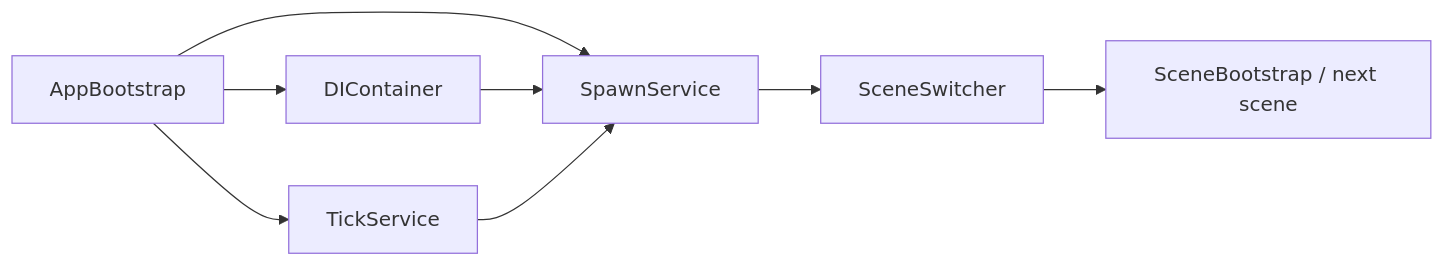
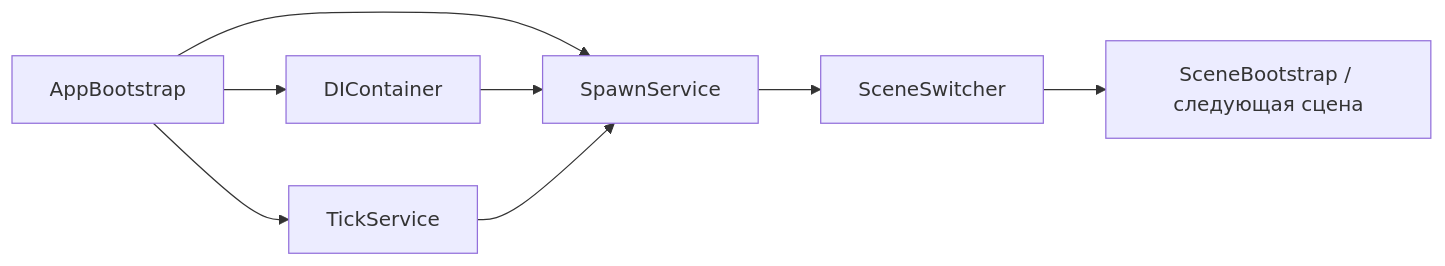
One commit to AlmikSS/Asssets changed the diagram in website/docs/architecture.md. Above: the diagram before and after it, drawn with Mermaid. The commit also changed other lines of this file and 18 other files, not shown here.

````diff
--- a/website/docs/architecture.md
+++ b/website/docs/architecture.md
@@ -8,10 +8,10 @@
 ```mermaid
 flowchart LR
   A[AppBootstrap] --> B[DIContainer]
   A --> C[TickService]
   A --> D[SpawnService]
   B --> D
   C --> D
   D --> E[SceneSwitcher]
-  E --> F[SceneBootstrap / next scene]
+  E --> F[SceneBootstrap / следующая сцена]
 ```
````
